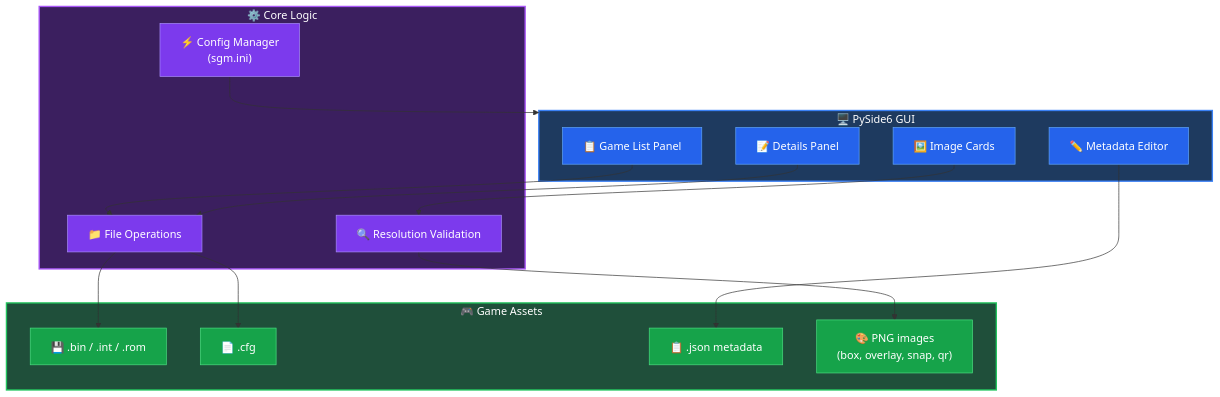
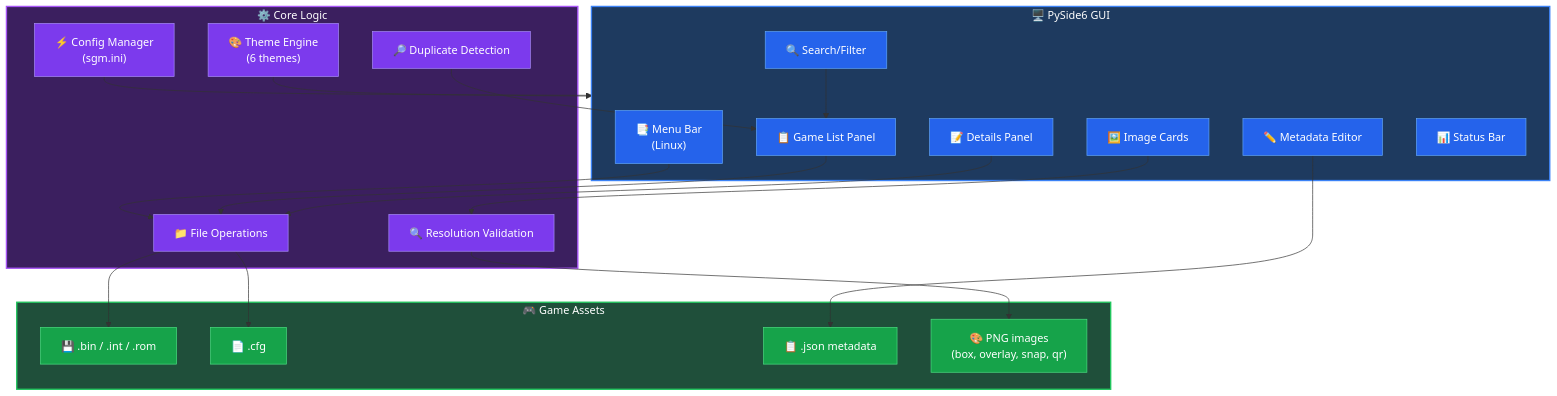
Before and after one commit to evets17/SprintGameManager: the diagram in README.md, drawn with Mermaid.

Commit message:
update diagram to reflect new features

````diff
--- a/README.md
+++ b/README.md
@@ -9,49 +9,63 @@
 ```mermaid
 flowchart TB
     subgraph UI["🖥️ PySide6 GUI"]
+        MenuBar["📑 Menu Bar<br/>(Linux)"]
+        Search["🔍 Search/Filter"]
         GameList["📋 Game List Panel"]
         Details["📝 Details Panel"]
         Metadata["✏️ Metadata Editor"]
         ImageCards["🖼️ Image Cards"]
+        StatusBar["📊 Status Bar"]
     end
 
     subgraph Core["⚙️ Core Logic"]
         FileOps["📁 File Operations"]
         Validation["🔍 Resolution Validation"]
         Config["⚡ Config Manager<br/>(sgm.ini)"]
+        Themes["🎨 Theme Engine<br/>(6 themes)"]
+        Duplicates["🔎 Duplicate Detection"]
     end
 
     subgraph Assets["🎮 Game Assets"]
         ROM["💾 .bin / .int / .rom"]
         CFG["📄 .cfg"]
         JSON["📋 .json metadata"]
         Images["🎨 PNG images<br/>(box, overlay, snap, qr)"]
     end
 
+    MenuBar --> FileOps
+    Search --> GameList
     GameList --> FileOps
     Details --> FileOps
     Metadata --> JSON
     ImageCards --> Validation
     Validation --> Images
     FileOps --> ROM
     FileOps --> CFG
     Config --> UI
+    Themes --> UI
+    Duplicates --> GameList
 
     style UI fill:#1e3a5f,stroke:#3b82f6,stroke-width:2px,color:#fff
     style Core fill:#3b1f5f,stroke:#a855f7,stroke-width:2px,color:#fff
     style Assets fill:#1f4f3a,stroke:#22c55e,stroke-width:2px,color:#fff
     
+    style MenuBar fill:#2563eb,stroke:#60a5fa,color:#fff
+    style Search fill:#2563eb,stroke:#60a5fa,color:#fff
     style GameList fill:#2563eb,stroke:#60a5fa,color:#fff
     style Details fill:#2563eb,stroke:#60a5fa,color:#fff
     style Metadata fill:#2563eb,stroke:#60a5fa,color:#fff
     style ImageCards fill:#2563eb,stroke:#60a5fa,color:#fff
+    style StatusBar fill:#2563eb,stroke:#60a5fa,color:#fff
     
     style FileOps fill:#7c3aed,stroke:#a78bfa,color:#fff
     style Validation fill:#7c3aed,stroke:#a78bfa,color:#fff
     style Config fill:#7c3aed,stroke:#a78bfa,color:#fff
+    style Themes fill:#7c3aed,stroke:#a78bfa,color:#fff
+    style Duplicates fill:#7c3aed,stroke:#a78bfa,color:#fff
     
     style ROM fill:#16a34a,stroke:#4ade80,color:#fff
     style CFG fill:#16a34a,stroke:#4ade80,color:#fff
     style JSON fill:#16a34a,stroke:#4ade80,color:#fff
     style Images fill:#16a34a,stroke:#4ade80,color:#fff
 ```
````
